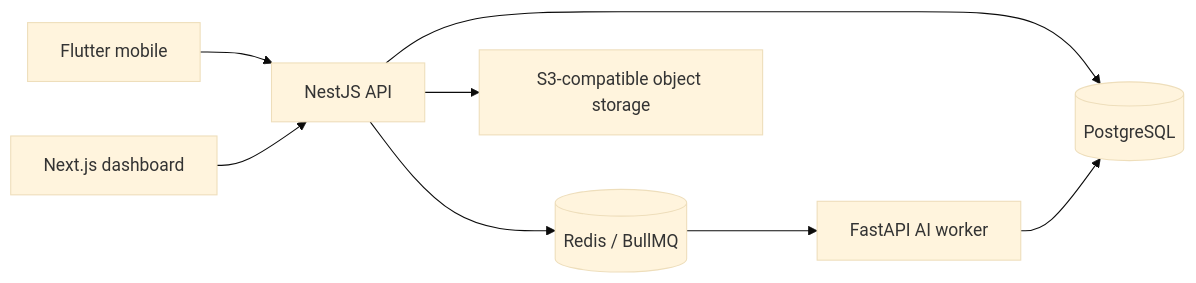
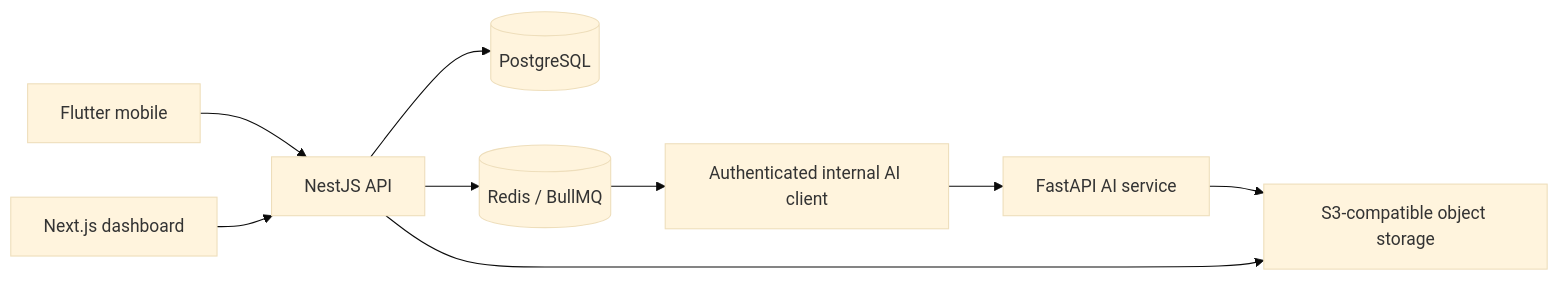
One commit to dhinadts/Marksheet changed the diagram in docs/architecture/system-architecture.md. Above: the diagram before and after it, drawn with Mermaid (base theme). The commit also changed other lines of this file and 21 other files, not shown here.

Commit message:
Phase 9: establish authenticated AI service contract

````diff
--- a/docs/architecture/system-architecture.md
+++ b/docs/architecture/system-architecture.md
@@ -5,10 +5,11 @@
 ```mermaid
 flowchart LR
     Mobile["Flutter mobile"] --> API["NestJS API"]
     Web["Next.js dashboard"] --> API
     API --> DB[(PostgreSQL)]
     API --> Queue[(Redis / BullMQ)]
-    Queue --> AI["FastAPI AI worker"]
-    AI --> DB
+    Queue --> APIClient["Authenticated internal AI client"]
+    APIClient --> AI["FastAPI AI service"]
+    AI --> Objects
     API --> Objects["S3-compatible object storage"]
 ```
````
